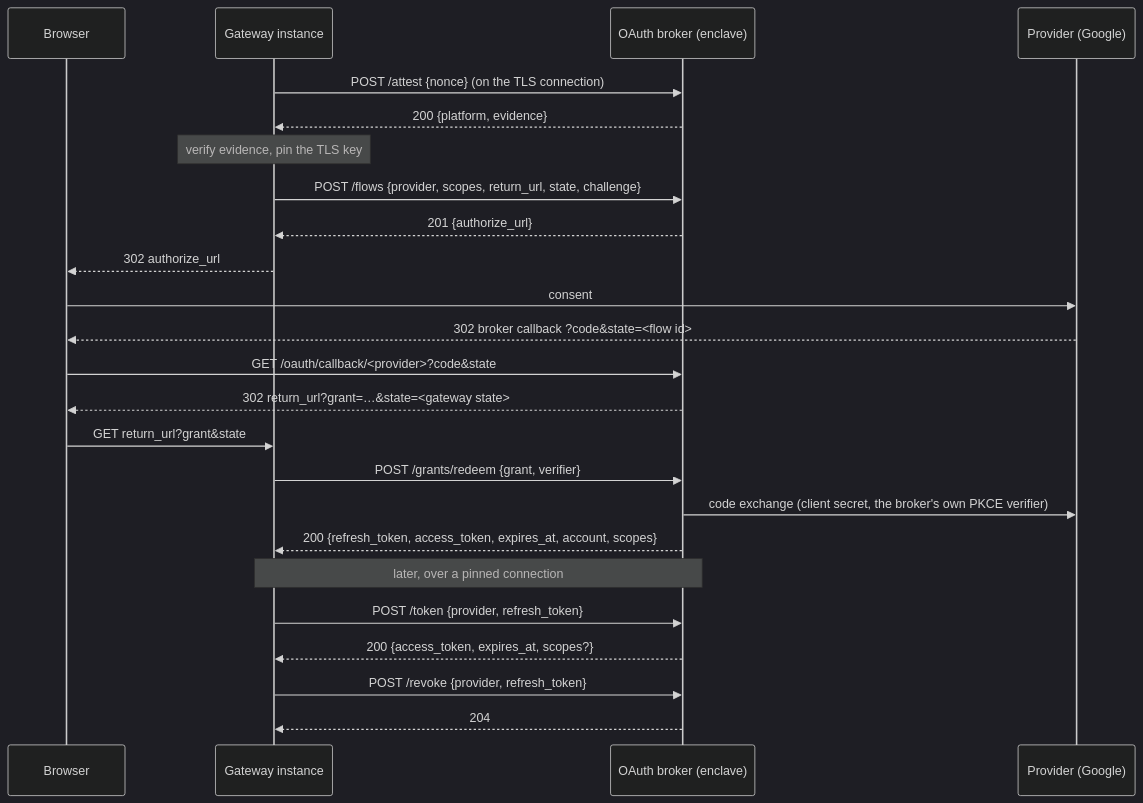
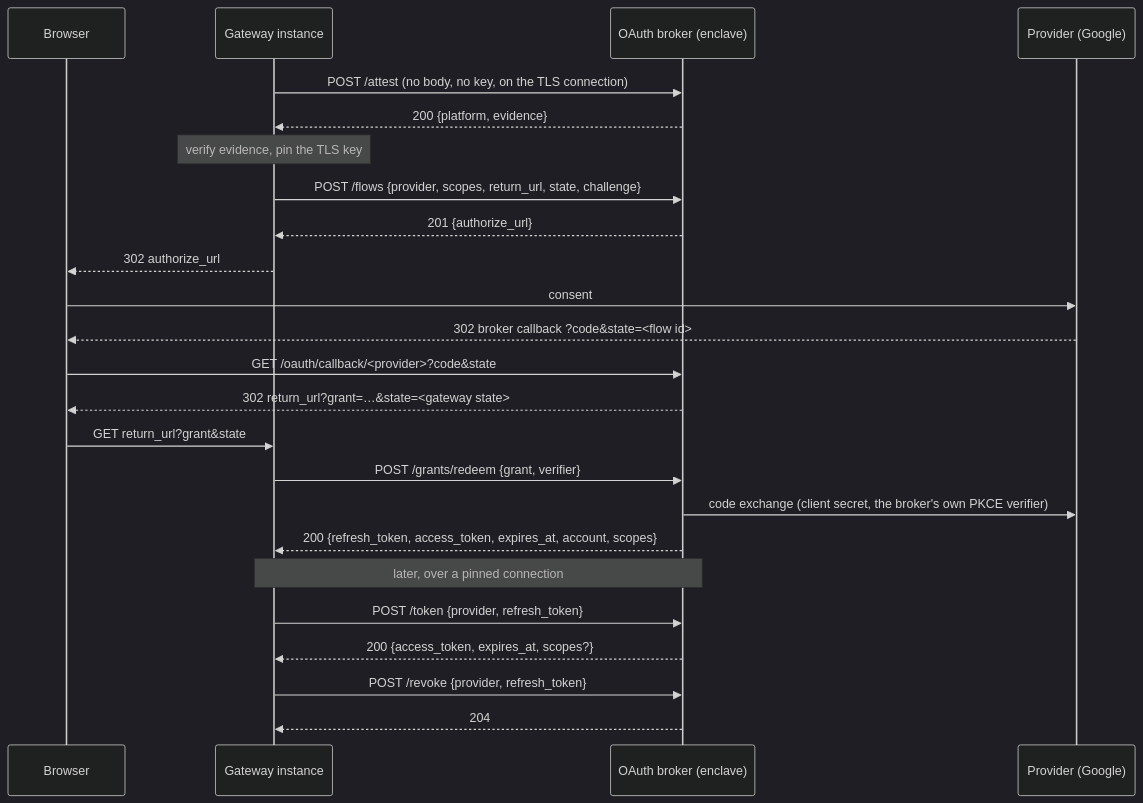
The diagram in docs/handbook/oauth-broker-contract.md (vaubaan/gateway), drawn with Mermaid (dark theme) before and after one commit. The commit also changed other lines of this file and 16 other files, not shown here.

````diff
--- a/docs/handbook/oauth-broker-contract.md
+++ b/docs/handbook/oauth-broker-contract.md
@@ -58,26 +58,26 @@
 ```mermaid
 sequenceDiagram
   participant B as Browser
   participant G as Gateway instance
   participant K as OAuth broker (enclave)
   participant P as Provider (Google)
-  G->>K: POST /attest {nonce} (on the TLS connection)
+  G->>K: POST /attest (no body, no key, on the TLS connection)
   K-->>G: 200 {platform, evidence}
   Note over G: verify evidence, pin the TLS key
   G->>K: POST /flows {provider, scopes, return_url, state, challenge}
   K-->>G: 201 {authorize_url}
   G-->>B: 302 authorize_url
   B->>P: consent
   P-->>B: 302 broker callback ?code&state=<flow id>
   B->>K: GET /oauth/callback/<provider>?code&state
   K-->>B: 302 return_url?grant=…&state=<gateway state>
   B->>G: GET return_url?grant&state
   G->>K: POST /grants/redeem {grant, verifier}
   K->>P: code exchange (client secret, the broker's own PKCE verifier)
   K-->>G: 200 {refresh_token, access_token, expires_at, account, scopes}
   Note over G,K: later, over a pinned connection
   G->>K: POST /token {provider, refresh_token}
   K-->>G: 200 {access_token, expires_at, scopes?}
   G->>K: POST /revoke {provider, refresh_token}
   K-->>G: 204
 ```
````
